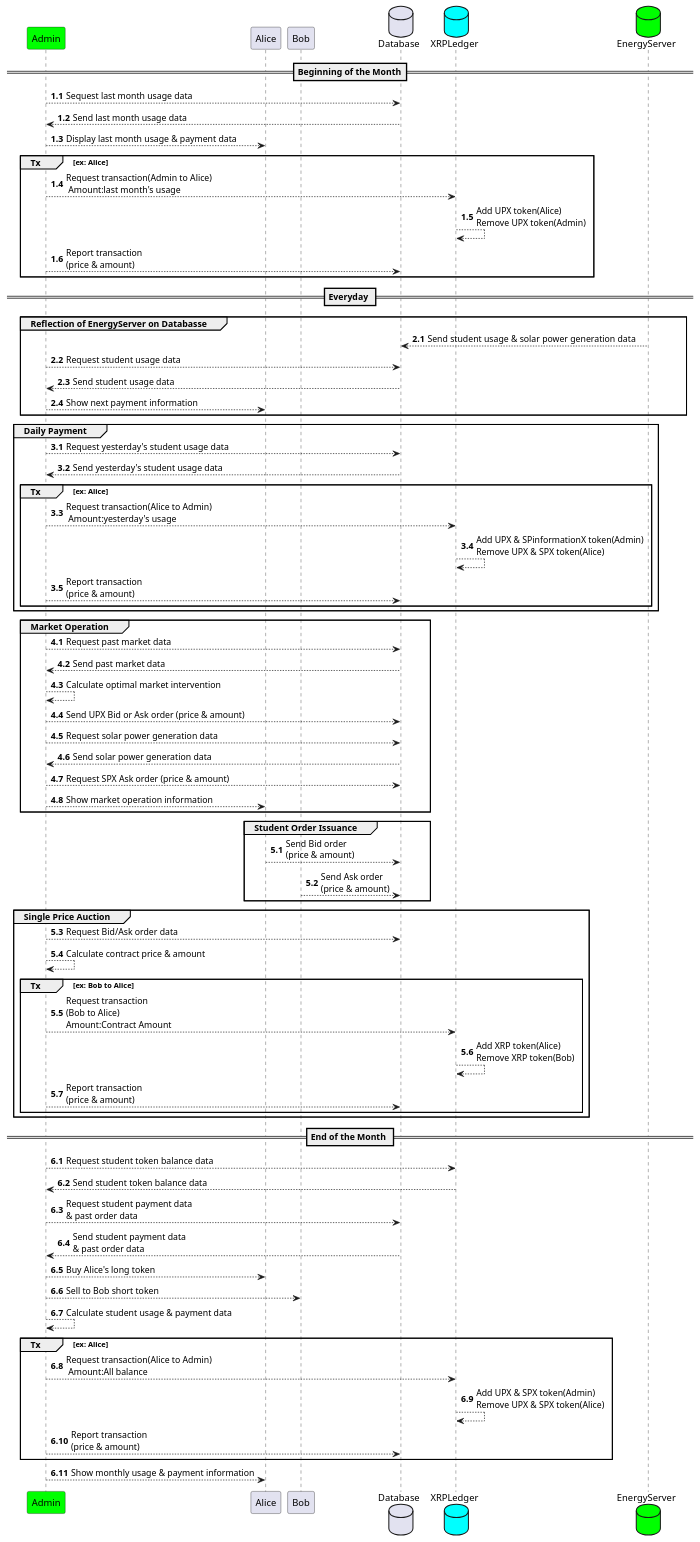
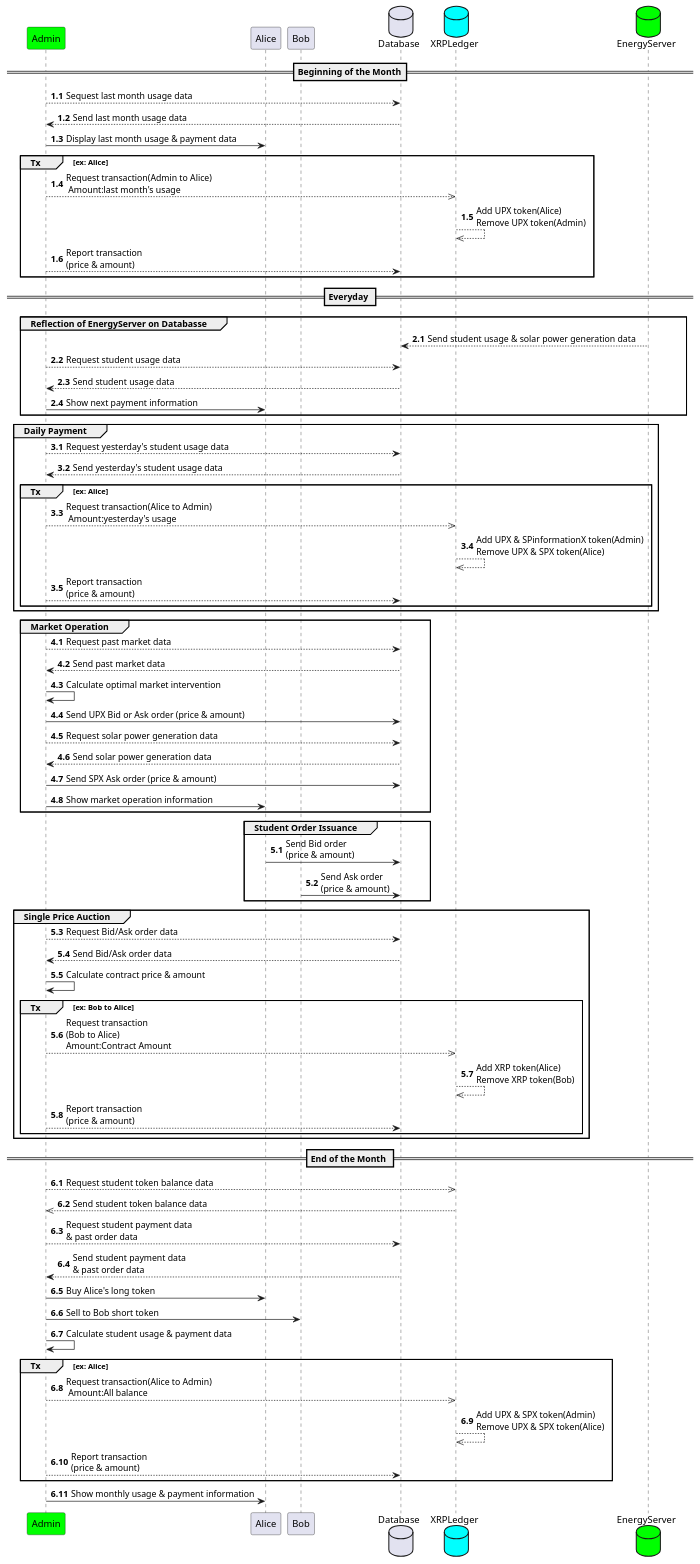
The diagram in docs/update202206/Seq-update2206.plantuml (KyotoUniv-SIC/electoric-power-exchange), drawn with PlantUML before and after one commit.

Commit message:
fix: 細かな修正

```diff
--- a/docs/update202206/Seq-update2206.plantuml
+++ b/docs/update202206/Seq-update2206.plantuml
@@ -1,81 +1,82 @@
 @startuml sequence
 
 participant Admin      as sys #00FF00
 participant Alice    as st1
 participant Bob    as st2
 database  Database as db1
 database XRPLedger as xl   #00FFFF
 database EnergyServer  as db2  #00FF00
 
 == Beginning of the Month==
 autonumber 1.1
 sys --> db1 : Sequest last month usage data
 db1 --> sys : Send last month usage data
-sys --> st1 : Display last month usage & payment data
+sys -> st1 : Display last month usage & payment data
 group Tx [ex: Alice]
-sys --> xl : Request transaction(Admin to Alice)\n Amount:last month's usage
-xl --> xl : Add UPX token(Alice)\nRemove UPX token(Admin)
+sys -->> xl : Request transaction(Admin to Alice)\n Amount:last month's usage
+xl -->> xl : Add UPX token(Alice)\nRemove UPX token(Admin)
 sys --> db1 : Report transaction\n(price & amount)
 end
 
 == Everyday ==
 autonumber inc A
 group Reflection of EnergyServer on Databasse
 db2 --> db1 : Send student usage & solar power generation data
 sys --> db1 : Request student usage data
 sys <-- db1 : Send student usage data
-sys --> st1 : Show next payment information
+sys -> st1 : Show next payment information
 end
 autonumber inc A
 group Daily Payment
 sys --> db1 : Request yesterday's student usage data
 sys <-- db1 : Send yesterday's student usage data
 group Tx [ex: Alice]
-sys --> xl : Request transaction(Alice to Admin)\n Amount:yesterday's usage
-xl --> xl : Add UPX & SPinformationX token(Admin)\nRemove UPX & SPX token(Alice)
+sys -->> xl : Request transaction(Alice to Admin)\n Amount:yesterday's usage
+xl -->> xl : Add UPX & SPinformationX token(Admin)\nRemove UPX & SPX token(Alice)
 sys --> db1 : Report transaction\n(price & amount)
 end
 end
 autonumber inc A
 group Market Operation
 sys --> db1 : Request past market data
 sys <-- db1 : Send past market data
-sys --> sys : Calculate optimal market intervention
-sys --> db1 : Send UPX Bid or Ask order (price & amount)
+sys -> sys : Calculate optimal market intervention
+sys -> db1 : Send UPX Bid or Ask order (price & amount)
 sys --> db1 : Request solar power generation data
 sys <-- db1 : Send solar power generation data
-sys --> db1 : Request SPX Ask order (price & amount)
-sys --> st1 : Show market operation information
+sys -> db1 : Send SPX Ask order (price & amount)
+sys -> st1 : Show market operation information
 end
 autonumber inc A
 group Student Order Issuance
-st1 --> db1 : Send Bid order\n(price & amount)
-st2 --> db1 : Send Ask order\n(price & amount)
+st1 -> db1 : Send Bid order\n(price & amount)
+st2 -> db1 : Send Ask order\n(price & amount)
 end
 
 group Single Price Auction
 sys --> db1 : Request Bid/Ask order data
-sys --> sys : Calculate contract price & amount
+sys <-- db1 : Send Bid/Ask order data
+sys -> sys : Calculate contract price & amount
 group Tx [ex: Bob to Alice]
-sys --> xl : Request transaction\n(Bob to Alice)\nAmount:Contract Amount
-xl --> xl : Add XRP token(Alice)\nRemove XRP token(Bob)
+sys -->> xl : Request transaction\n(Bob to Alice)\nAmount:Contract Amount
+xl -->> xl : Add XRP token(Alice)\nRemove XRP token(Bob)
 sys --> db1 : Report transaction\n(price & amount)
 end
 end
 
 == End of the Month ==
 autonumber inc A
-sys --> xl : Request student token balance data
-xl --> sys : Send student token balance data
+sys -->> xl : Request student token balance data
+xl -->> sys : Send student token balance data
 sys --> db1 : Request student payment data \n& past order data
 sys <-- db1 : Send student payment data \n& past order data
-sys --> st1 : Buy Alice's long token
-sys --> st2 : Sell to Bob short token
-sys --> sys : Calculate student usage & payment data
+sys -> st1 : Buy Alice's long token
+sys -> st2 : Sell to Bob short token
+sys -> sys : Calculate student usage & payment data
 group Tx [ex: Alice]
-sys --> xl : Request transaction(Alice to Admin)\n Amount:All balance
-xl --> xl : Add UPX & SPX token(Admin)\nRemove UPX & SPX token(Alice)
+sys -->> xl : Request transaction(Alice to Admin)\n Amount:All balance
+xl -->> xl : Add UPX & SPX token(Admin)\nRemove UPX & SPX token(Alice)
 sys --> db1 : Report transaction\n(price & amount)
 end
-sys --> st1 : Show monthly usage & payment information
+sys -> st1 : Show monthly usage & payment information
 @enduml
```
